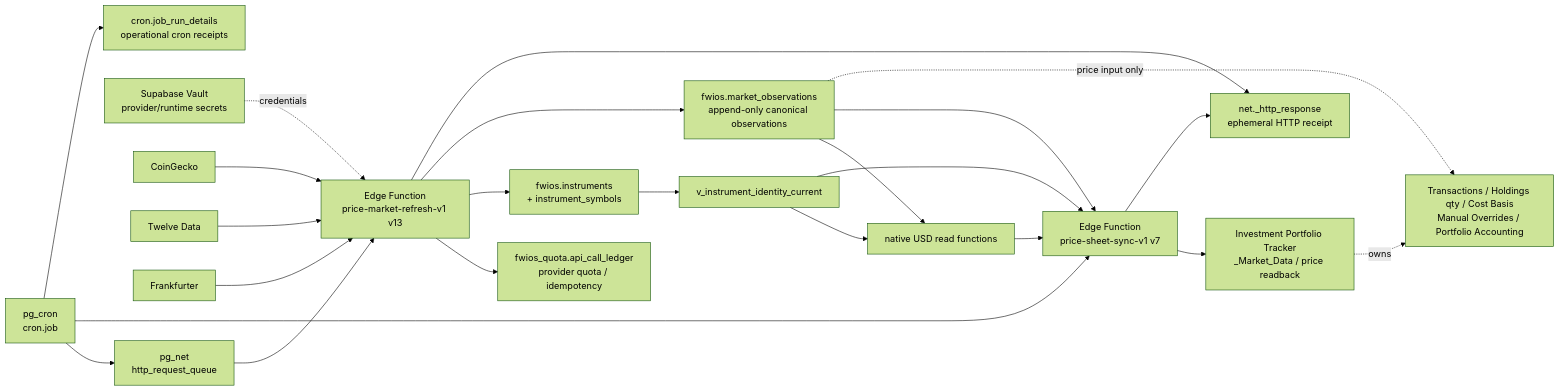
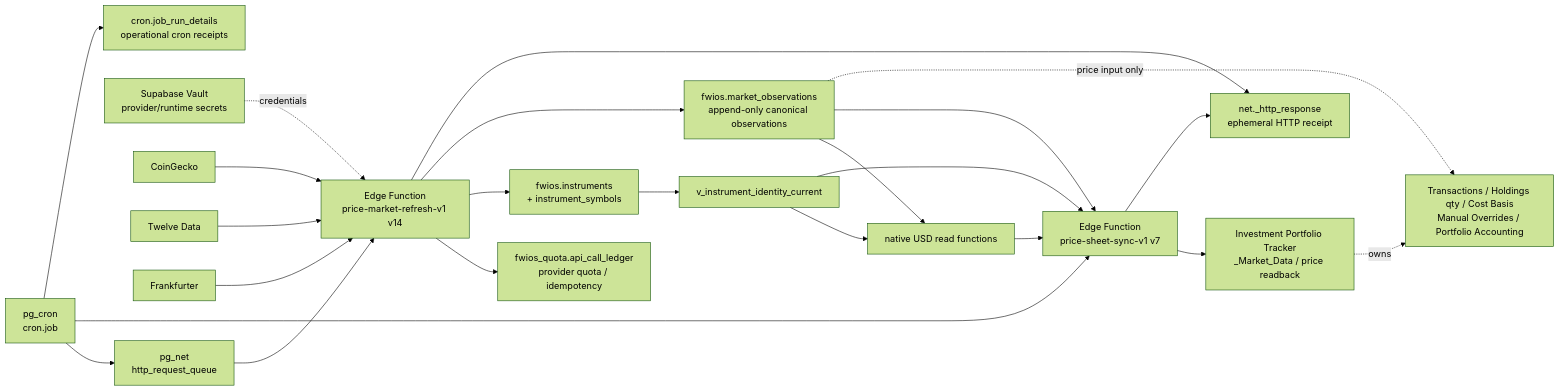
One commit to ChumponphatRangsee/focused-wealth-investment-os changed the diagram in docs/database/current/DATA_FLOW.md. Above: the diagram before and after it, drawn with Mermaid (forest theme). The commit also changed other lines of this file and 11 other files, not shown here.

````diff
--- a/docs/database/current/DATA_FLOW.md
+++ b/docs/database/current/DATA_FLOW.md
@@ -10,32 +10,32 @@
 ```mermaid
 flowchart LR
     C["pg_cron<br/>cron.job"] --> NQ["pg_net<br/>http_request_queue"]
-    NQ --> MW["Edge Function<br/>price-market-refresh-v1 v13"]
+    NQ --> MW["Edge Function<br/>price-market-refresh-v1 v14"]
 
     VAULT["Supabase Vault<br/>provider/runtime secrets"] -. credentials .-> MW
 
     CG["CoinGecko"] --> MW
     TD["Twelve Data"] --> MW
     FF["Frankfurter"] --> MW
 
     MW --> Q["fwios_quota.api_call_ledger<br/>provider quota / idempotency"]
     MW --> ID["fwios.instruments<br/>+ instrument_symbols"]
     MW --> OBS["fwios.market_observations<br/>append-only canonical observations"]
 
     ID --> VIEW["v_instrument_identity_current"]
     OBS --> READ["native USD read functions"]
     VIEW --> READ
 
     C --> SQ["Edge Function<br/>price-sheet-sync-v1 v7"]
     VIEW --> SQ
     OBS --> SQ
     READ --> SQ
     SQ --> GS["Investment Portfolio Tracker<br/>_Market_Data / price readback"]
 
     C --> CR["cron.job_run_details<br/>operational cron receipts"]
     MW --> HR["net._http_response<br/>ephemeral HTTP receipt"]
     SQ --> HR
 
     GS -. owns .-> ACC["Transactions / Holdings qty / Cost Basis<br/>Manual Overrides / Portfolio Accounting"]
     OBS -. price input only .-> ACC
 ```
````
